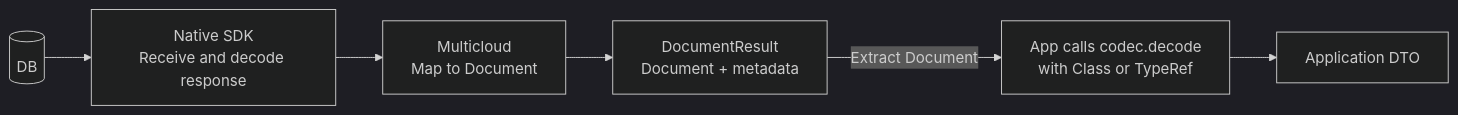
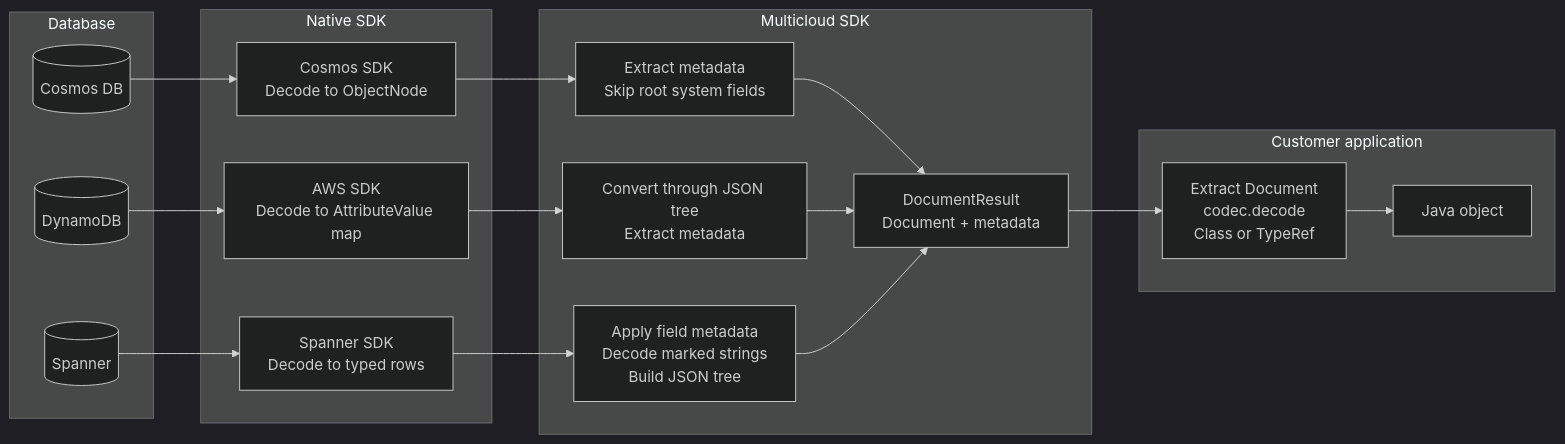
The third of 5 diagrams in docs/design/serialization-pr1-foundation.md (allenkim0129/multiclouddb-sdk-for-java), drawn with Mermaid (dark theme) before and after one commit. The commit also changed other lines of this file, not shown here.

````diff
--- a/docs/design/serialization-pr1-foundation.md
+++ b/docs/design/serialization-pr1-foundation.md
@@ -75,8 +94,25 @@
 ```mermaid
 flowchart LR
-    A[("DB")] --> B["Native SDK<br/>Receive and decode response"]
-    B --> C["Multicloud<br/>Map to Document"]
-    C --> D["DocumentResult<br/>Document + metadata"]
-    D -->|"Extract Document"| E["App calls codec.decode<br/>with Class or TypeRef"]
-    E --> F["Application DTO"]
+    subgraph DB["Database"]
+        CDB[("Cosmos DB")]
+        DDB[("DynamoDB")]
+        SDB[("Spanner")]
+    end
+    subgraph NATIVE["Native SDK"]
+        CN["Cosmos SDK<br/>Decode to ObjectNode"]
+        DN["AWS SDK<br/>Decode to AttributeValue map"]
+        SN["Spanner SDK<br/>Decode to typed rows"]
+    end
+    subgraph MC["Multicloud SDK"]
+        CR["Extract metadata<br/>Skip root system fields"] --> R["DocumentResult<br/>Document + metadata"]
+        DR["Convert through JSON tree<br/>Extract metadata"] --> R
+        SR["Apply field metadata<br/>Decode marked strings<br/>Build JSON tree"] --> R
+    end
+    subgraph APP["Customer application"]
+        E["Extract Document<br/>codec.decode<br/>Class or TypeRef"] --> F["Java object"]
+    end
+    CDB --> CN --> CR
+    DDB --> DN --> DR
+    SDB --> SN --> SR
+    R --> E
 ```
````
